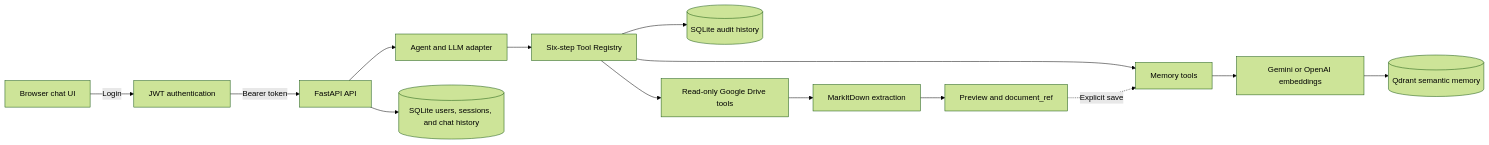
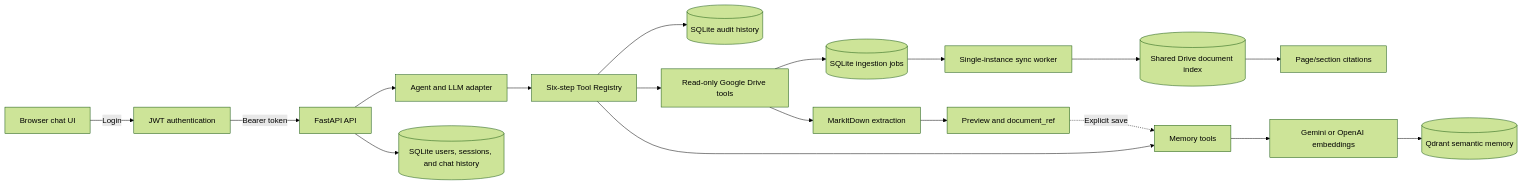
Before and after one commit to loanhviet/drive-agent: the diagram in README.md, drawn with Mermaid (forest theme). The commit also changed other lines of this file and 4 other files, not shown here.

Commit message:
feat(eval): add shared Drive retrieval evaluation

````diff
--- a/README.md
+++ b/README.md
@@ -35,19 +38,24 @@
 ```mermaid
 flowchart LR
     UI["Browser chat UI"] -->|"Login"| Auth["JWT authentication"]
     Auth -->|"Bearer token"| API["FastAPI API"]
     API --> Agent["Agent and LLM adapter"]
     Agent --> Registry["Six-step Tool Registry"]
 
     Registry --> Audit[("SQLite audit history")]
     Registry --> Drive["Read-only Google Drive tools"]
     Drive --> Extract["MarkItDown extraction"]
     Extract --> Ref["Preview and document_ref"]
 
+    Drive --> Jobs[("SQLite ingestion jobs")]
+    Jobs --> Worker["Single-instance sync worker"]
+    Worker --> Shared[("Shared Drive document index")]
+    Shared --> Cite["Page/section citations"]
+
     Registry --> Memory["Memory tools"]
     Ref -. "Explicit save" .-> Memory
     Memory --> Embed["Gemini or OpenAI embeddings"]
     Embed --> Qdrant[("Qdrant semantic memory")]
 
     API --> Chat[("SQLite users, sessions, and chat history")]
 ```
````
